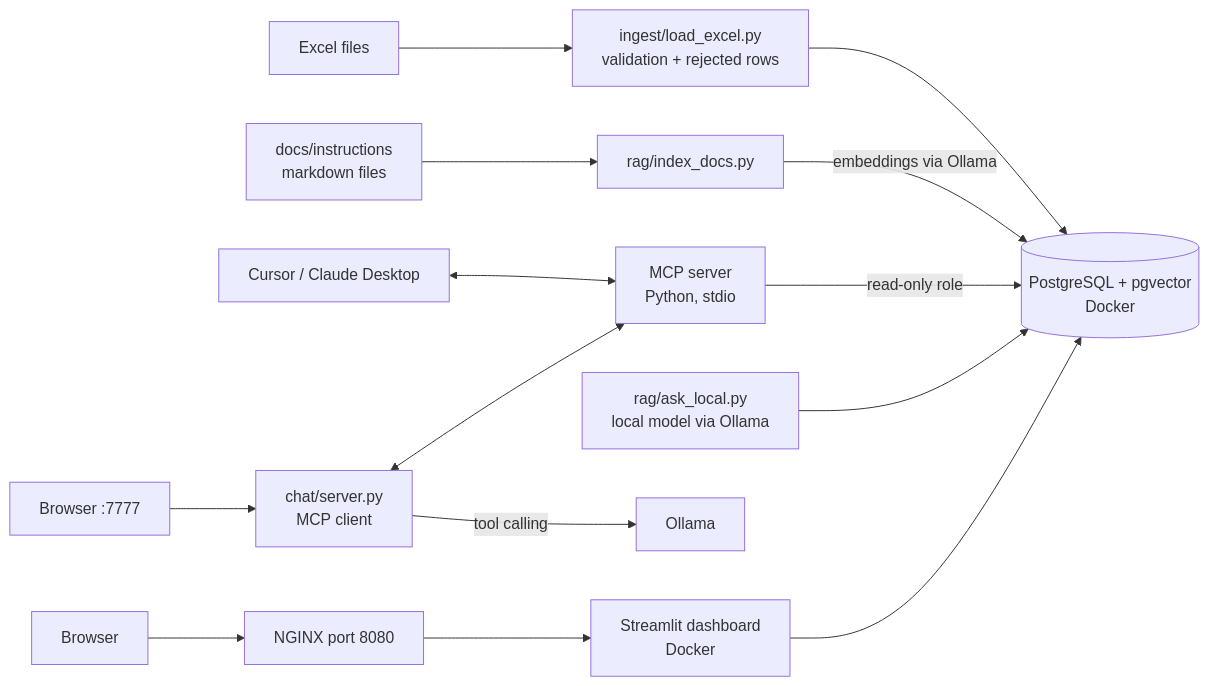
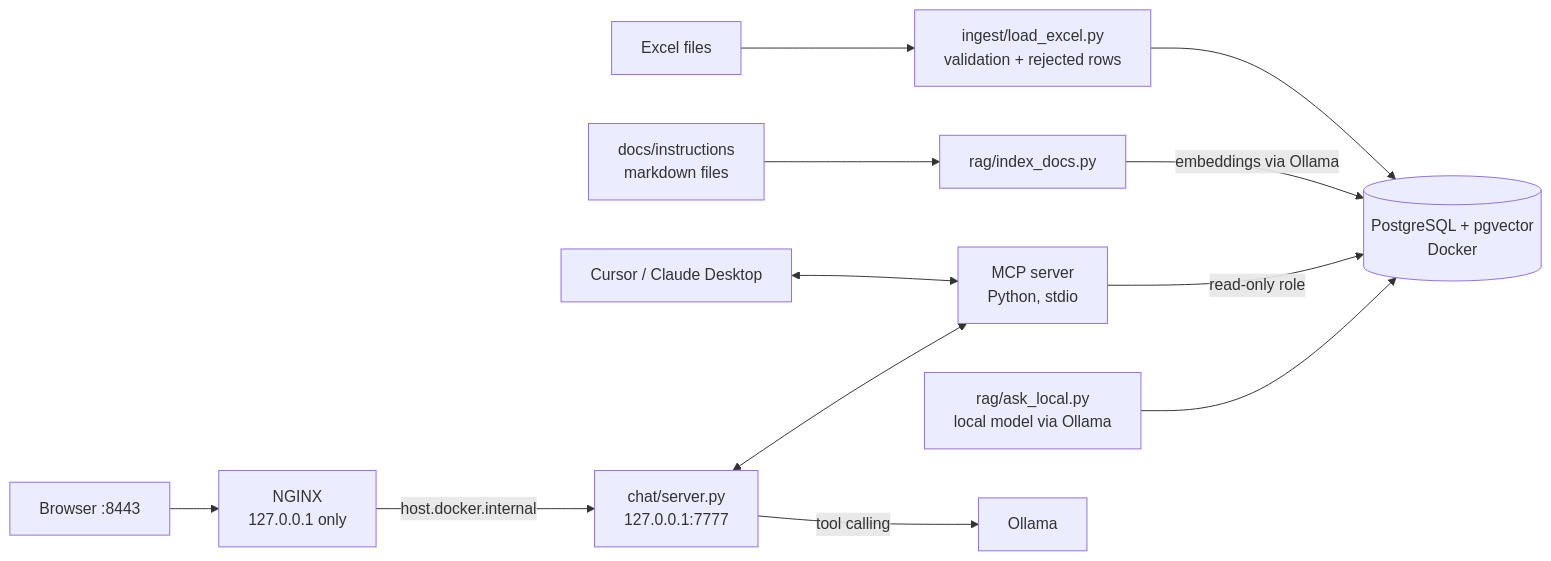
One commit to AlenK77777/factory-ai-assistant changed the diagram in PROJECT.md. Above: the diagram before and after it, drawn with Mermaid. The commit also changed other lines of this file and 14 other files, not shown here.

Commit message:
step 6 -- NGINX reverse proxy: HTTPS on 8443, admin auth at proxy and app level, port checks, smoke test

````diff
--- a/PROJECT.md
+++ b/PROJECT.md
@@ -25,15 +25,14 @@
 ```mermaid
 flowchart LR
     XL[Excel files] --> ING[ingest/load_excel.py<br/>validation + rejected rows]
     ING --> DB[(PostgreSQL + pgvector<br/>Docker)]
     DOCS[docs/instructions<br/>markdown files] --> IDX[rag/index_docs.py]
     IDX -->|embeddings via Ollama| DB
     CLIENT[Cursor / Claude Desktop] <--> MCP[MCP server<br/>Python, stdio]
     MCP -->|read-only role| DB
     LOCAL[rag/ask_local.py<br/>local model via Ollama] --> DB
-    EMP[Browser :7777] --> CHAT[chat/server.py<br/>MCP client]
+    EMP[Browser :8443] --> NGINX[NGINX<br/>127.0.0.1 only]
+    NGINX -->|host.docker.internal| CHAT[chat/server.py<br/>127.0.0.1:7777]
     CHAT <--> MCP
     CHAT -->|tool calling| OLLAMA[Ollama]
-    USER[Browser] --> NGINX[NGINX port 8080] --> DASH[Streamlit dashboard<br/>Docker]
-    DASH --> DB
 ```
````
